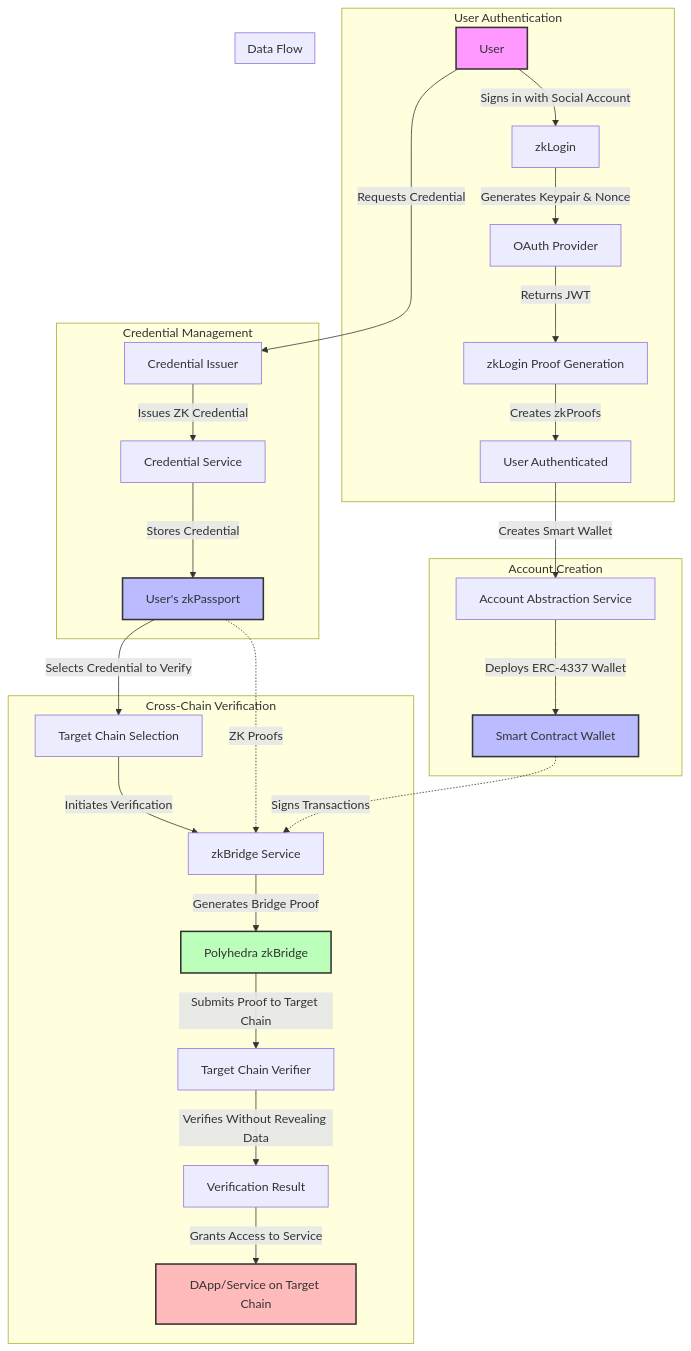
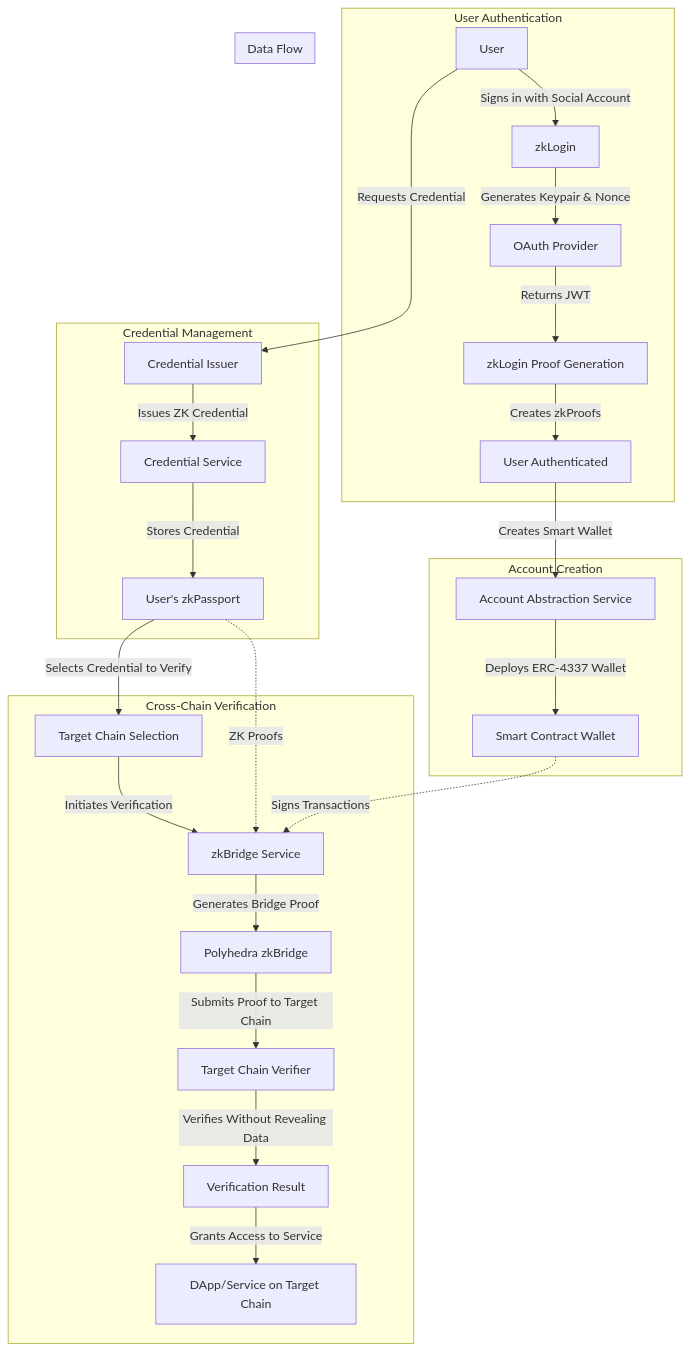
One commit to kamalbuilds/zkPassport changed the diagram in README.md. Above: the diagram before and after it, drawn with Mermaid.

````diff
--- a/README.md
+++ b/README.md
@@ -14,40 +14,34 @@
 ```mermaid
 graph TB
     subgraph "User Authentication"
         A[User] -->|Signs in with Social Account| B[zkLogin]
         B -->|Generates Keypair & Nonce| C[OAuth Provider]
         C -->|Returns JWT| D[zkLogin Proof Generation]
         D -->|Creates zkProofs| E[User Authenticated]
     end
     
     subgraph "Account Creation"
         E -->|Creates Smart Wallet| F[Account Abstraction Service]
         F -->|Deploys ERC-4337 Wallet| G[Smart Contract Wallet]
     end
     
     subgraph "Credential Management"
         A -->|Requests Credential| H[Credential Issuer]
         H -->|Issues ZK Credential| I[Credential Service]
         I -->|Stores Credential| J[User's zkPassport]
     end
     
     subgraph "Cross-Chain Verification"
         J -->|Selects Credential to Verify| K[Target Chain Selection]
         K -->|Initiates Verification| L[zkBridge Service]
         L -->|Generates Bridge Proof| M[Polyhedra zkBridge]
         M -->|Submits Proof to Target Chain| N[Target Chain Verifier]
         N -->|Verifies Without Revealing Data| O[Verification Result]
         O -->|Grants Access to Service| P[DApp/Service on Target Chain]
     end
     
     subgraph "Data Flow"
         J -.->|ZK Proofs| L
         G -.->|Signs Transactions| L
     end
-    
-    style A fill:#f9f,stroke:#333,stroke-width:2px
-    style G fill:#bbf,stroke:#333,stroke-width:2px
-    style J fill:#bbf,stroke:#333,stroke-width:2px
-    style M fill:#bfb,stroke:#333,stroke-width:2px
-    style P fill:#fbb,stroke:#333,stroke-width:2px
 ```
````
